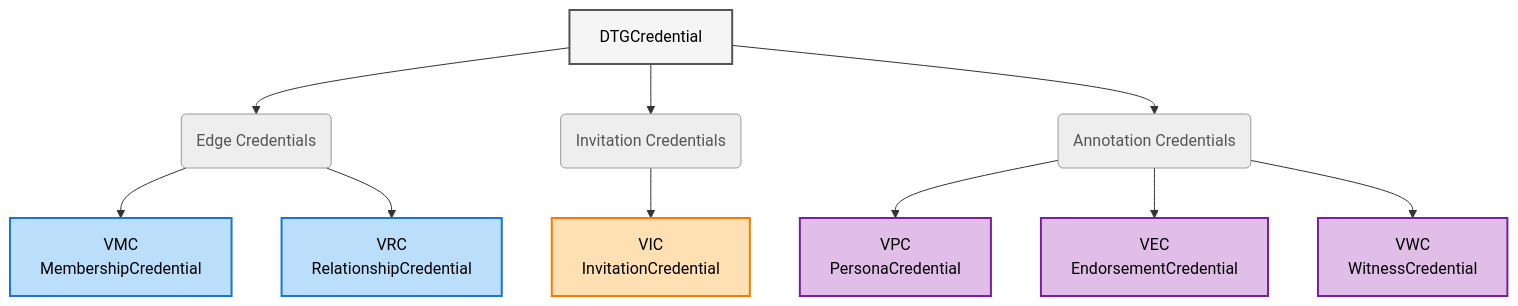
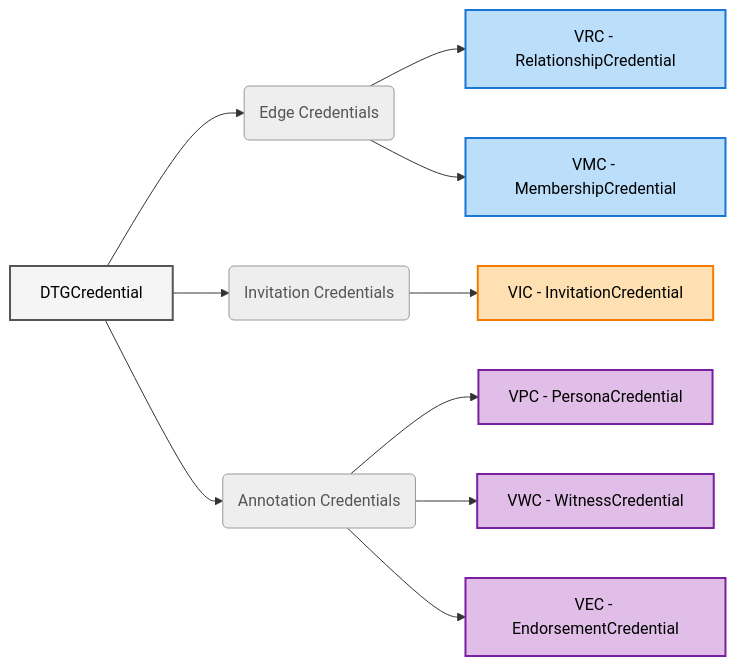
Before and after one commit to trustoverip/dtgwg-cred-spec: the diagram in spec/body.md, drawn with Mermaid.

Commit message:
Adjusting order in DTG credentials in Mermaid diagram in section 4 (and in section 9)

````diff
--- a/spec/body.md
+++ b/spec/body.md
@@ -7,27 +7,27 @@
 ```mermaid
-graph TB
+graph LR
     DTG[DTGCredential]
 
     DTG --> EC(Edge Credentials)
     DTG --> IC(Invitation Credentials)
     DTG --> AC(Annotation Credentials)
 
-    EC --> VMC["VMC<br/>MembershipCredential"]
-    EC --> VRC["VRC<br/>RelationshipCredential"]
-    IC --> VIC["VIC<br/>InvitationCredential"]
-    AC --> VPC["VPC<br/>PersonaCredential"]
-    AC --> VEC["VEC<br/>EndorsementCredential"]
-    AC --> VWC["VWC<br/>WitnessCredential"]
+    EC --> VRC["VRC - RelationshipCredential"]
+    EC --> VMC["VMC - MembershipCredential"]
+    IC --> VIC["VIC - InvitationCredential"]
+    AC --> VPC["VPC - PersonaCredential"]
+    AC --> VWC["VWC - WitnessCredential"]
+    AC --> VEC["VEC - EndorsementCredential"]
 
     classDef parent fill:#f5f5f5,stroke:#555,stroke-width:2px,color:#000
     classDef cat fill:#eeeeee,stroke:#999,stroke-width:1px,color:#555
     classDef edge fill:#bbdefb,stroke:#1976d2,stroke-width:2px,color:#000
     classDef inv fill:#ffe0b2,stroke:#f57c00,stroke-width:2px,color:#000
     classDef ann fill:#e1bee7,stroke:#7b1fa2,stroke-width:2px,color:#000
 
     class DTG parent
     class EC,IC,AC cat
     class VMC,VRC edge
     class VIC inv
     class VPC,VEC,VWC ann
 ```
````
